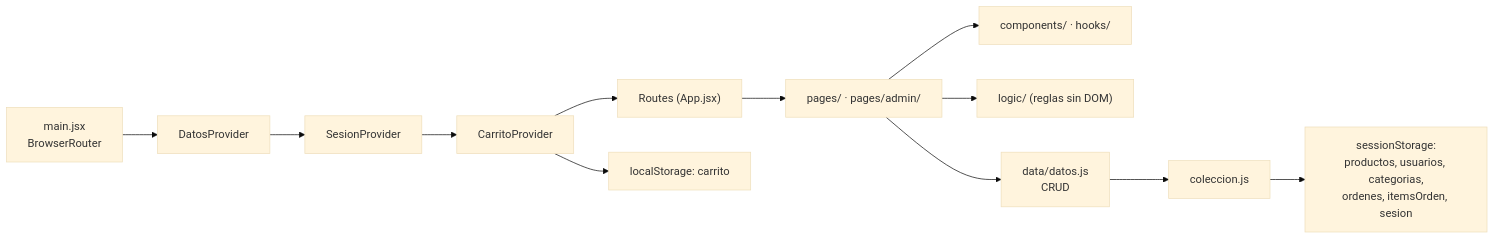
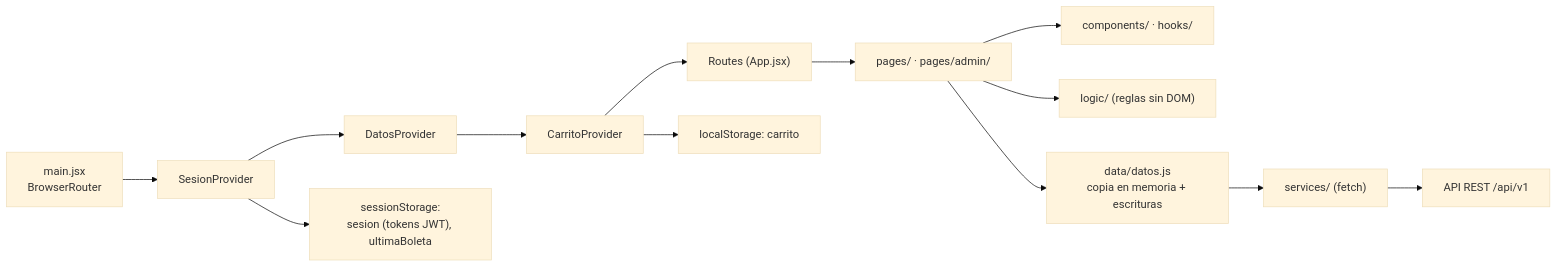
One commit to daemunozr/ensambla.me changed the first of 3 diagrams in README.md. Above: the diagram before and after it, drawn with Mermaid (base theme). The commit also changed other lines of this file and 71 other files, not shown here.

First line of the commit message:
Integra el frontend con la API REST (fetch, JWT y roles) y agrega PUT /usuarios/me

````diff
--- a/README.md
+++ b/README.md
@@ -72,14 +76,15 @@
 ```mermaid
 flowchart LR
-  M["main.jsx<br/>BrowserRouter"] --> D["DatosProvider"]
-  D --> S["SesionProvider"]
-  S --> C["CarritoProvider"]
+  M["main.jsx<br/>BrowserRouter"] --> S["SesionProvider"]
+  S --> D["DatosProvider"]
+  D --> C["CarritoProvider"]
   C --> R["Routes (App.jsx)"]
   R --> P["pages/ · pages/admin/"]
   P --> K["components/ · hooks/"]
   P --> L["logic/ (reglas sin DOM)"]
-  P --> X["data/datos.js<br/>CRUD"]
-  X --> Y["coleccion.js"]
-  Y --> SS["sessionStorage:<br/>productos, usuarios, categorias,<br/>ordenes, itemsOrden, sesion"]
+  P --> X["data/datos.js<br/>copia en memoria + escrituras"]
+  X --> Y["services/ (fetch)"]
+  Y --> API["API REST /api/v1"]
+  S --> SS["sessionStorage:<br/>sesion (tokens JWT), ultimaBoleta"]
   C --> LS["localStorage: carrito"]
 ```
````
